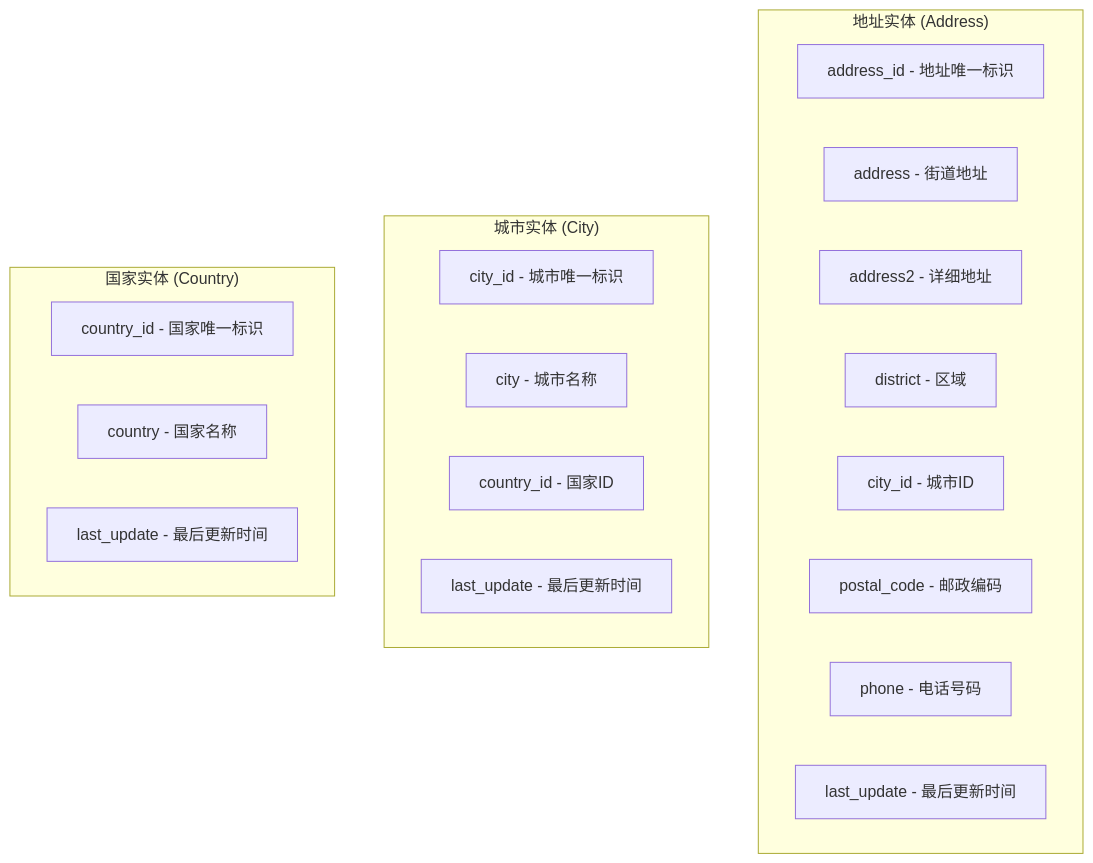
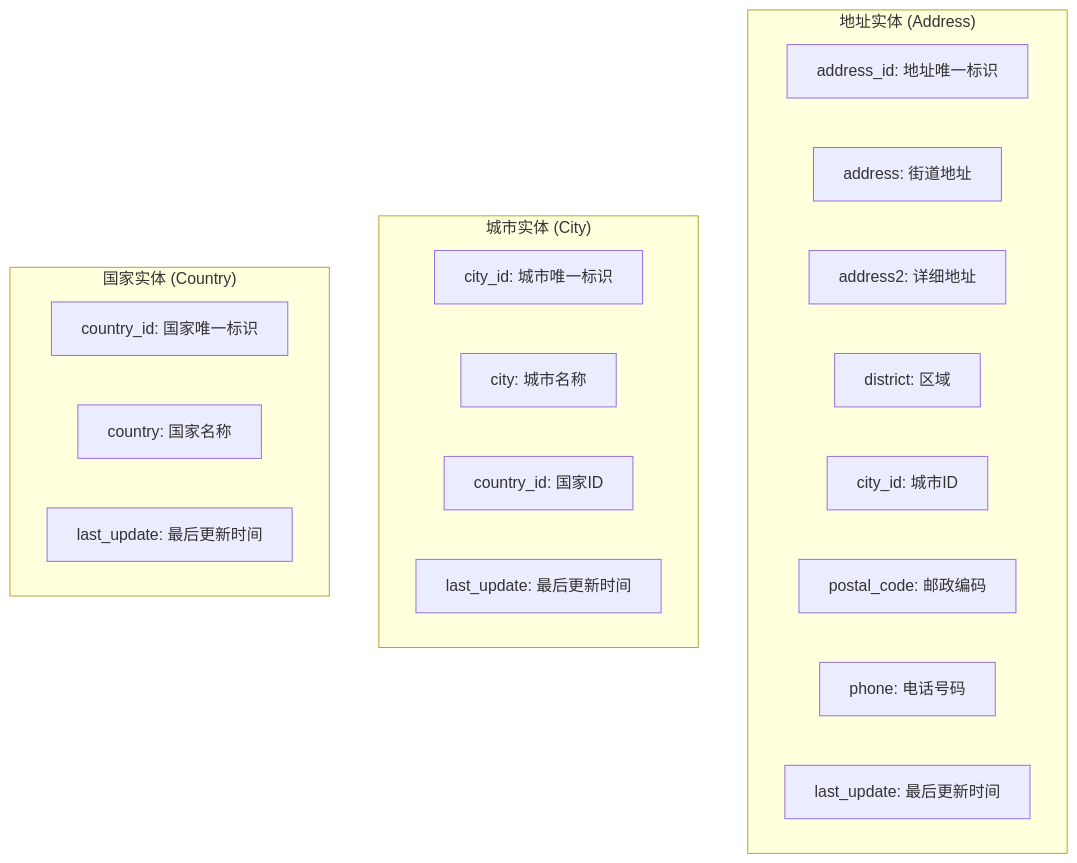
The ninth of 43 diagrams in DVD租赁数据库设计过程.md (mercuryhome/dvdrental-guide), drawn with Mermaid before and after one commit. The commit also changed other lines of this file, not shown here.

````diff
--- a/DVD租赁数据库设计过程.md
+++ b/DVD租赁数据库设计过程.md
@@ -285,26 +285,26 @@
 ```mermaid
 graph TB
     subgraph "地址实体 (Address)"
-        AD1[address_id - 地址唯一标识]
-        AD2[address - 街道地址]
-        AD3[address2 - 详细地址]
-        AD4[district - 区域]
-        AD5[city_id - 城市ID]
-        AD6[postal_code - 邮政编码]
-        AD7[phone - 电话号码]
-        AD8[last_update - 最后更新时间]
+        AD1["address_id: 地址唯一标识"]
+        AD2["address: 街道地址"]
+        AD3["address2: 详细地址"]
+        AD4["district: 区域"]
+        AD5["city_id: 城市ID"]
+        AD6["postal_code: 邮政编码"]
+        AD7["phone: 电话号码"]
+        AD8["last_update: 最后更新时间"]
     end
     
     subgraph "城市实体 (City)"
-        CI1[city_id - 城市唯一标识]
-        CI2[city - 城市名称]
-        CI3[country_id - 国家ID]
-        CI4[last_update - 最后更新时间]
+        CI1["city_id: 城市唯一标识"]
+        CI2["city: 城市名称"]
+        CI3["country_id: 国家ID"]
+        CI4["last_update: 最后更新时间"]
     end
     
     subgraph "国家实体 (Country)"
-        CO1[country_id - 国家唯一标识]
-        CO2[country - 国家名称]
-        CO3[last_update - 最后更新时间]
+        CO1["country_id: 国家唯一标识"]
+        CO2["country: 国家名称"]
+        CO3["last_update: 最后更新时间"]
     end
 ```
````
